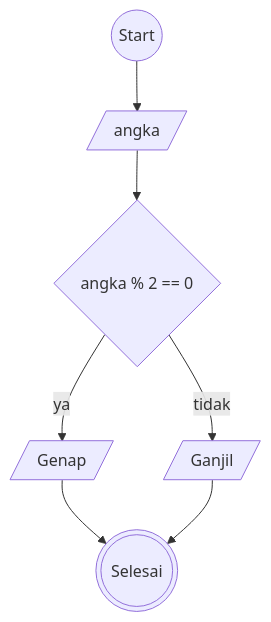
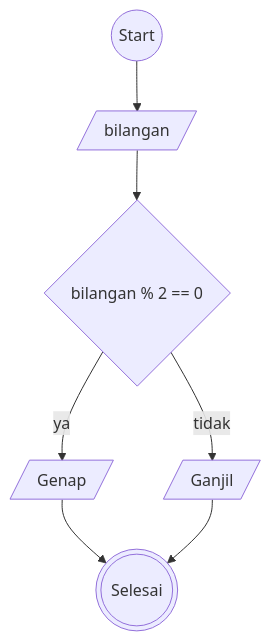
Before and after one commit to ktsrqsdev/koda-b10-algoritma: the first of 2 diagrams in README.md, drawn with Mermaid.

Commit message:
Update flowchart labels in README.md

````diff
--- a/README.md
+++ b/README.md
@@ -19,18 +19,18 @@
 ``` mermaid
 
     flowchart TD
     start@{ shape: circle, label: "Start" }
-    inputAngka@{ shape: lean-r, label: "angka" }
-    modulo@{ shape: diamond, label: "angka % 2 == 0" }
+    inputAngka@{ shape: lean-r, label: "bilangan" }
+    modulo@{ shape: diamond, label: "bilangan % 2 == 0" }
     genap@{ shape: lean-r, label: "Genap" }
     ganjil@{ shape: lean-r, label: "Ganjil" }
     selesai@{ shape: dbl-circ, label: "Selesai" }
     
     start --> inputAngka
     inputAngka --> modulo
     modulo --ya--> genap
     modulo --tidak--> ganjil
     genap & ganjil --> selesai
     
     
 ```
````
